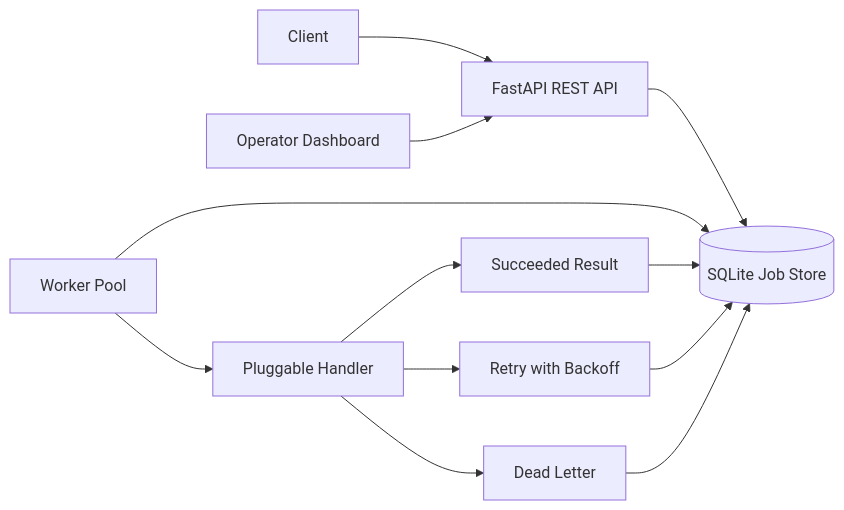
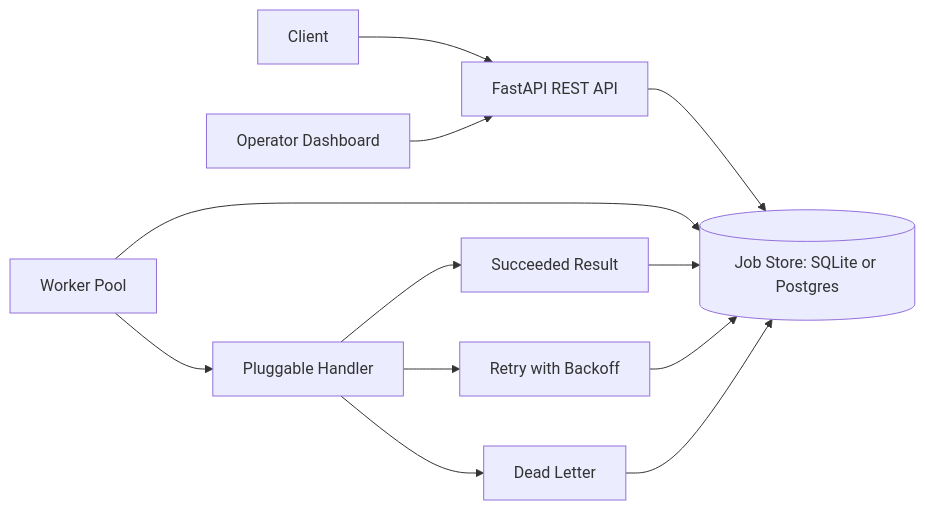
One commit to MarcHe124/digitalocean changed the diagram in README.md. Above: the diagram before and after it, drawn with Mermaid. The commit also changed other lines of this file and 9 other files, not shown here.

````diff
--- a/README.md
+++ b/README.md
@@ -18,14 +18,14 @@
 ```mermaid
 flowchart LR
     Client[Client] --> API[FastAPI REST API]
-    API --> Store[(SQLite Job Store)]
+    API --> Store[(Job Store: SQLite or Postgres)]
     Worker[Worker Pool] --> Store
     Worker --> Handler[Pluggable Handler]
     Handler --> Success[Succeeded Result]
     Handler --> Retry[Retry with Backoff]
     Handler --> DLQ[Dead Letter]
     Success --> Store
     Retry --> Store
     DLQ --> Store
     Dashboard[Operator Dashboard] --> API
 ```
````
